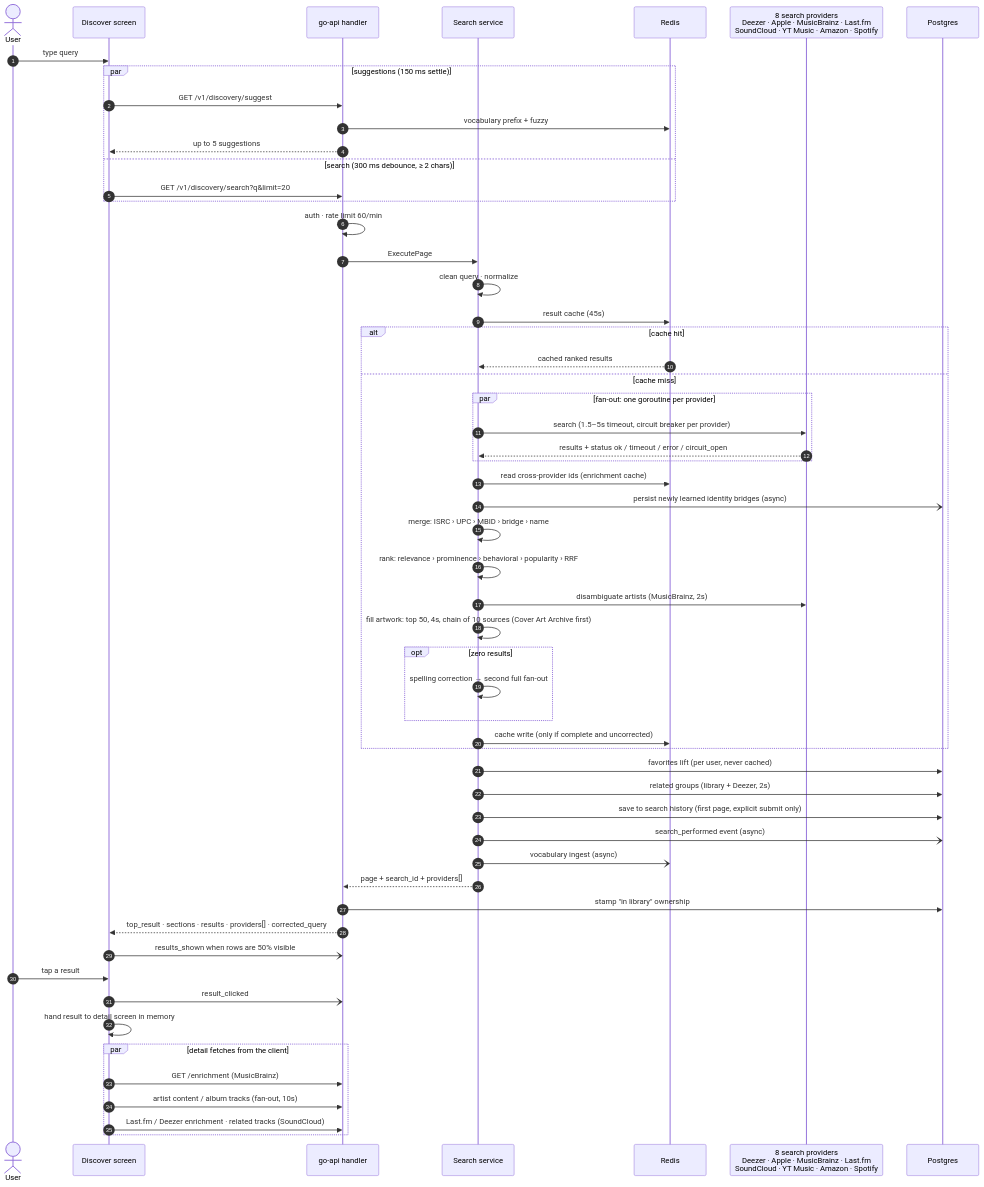
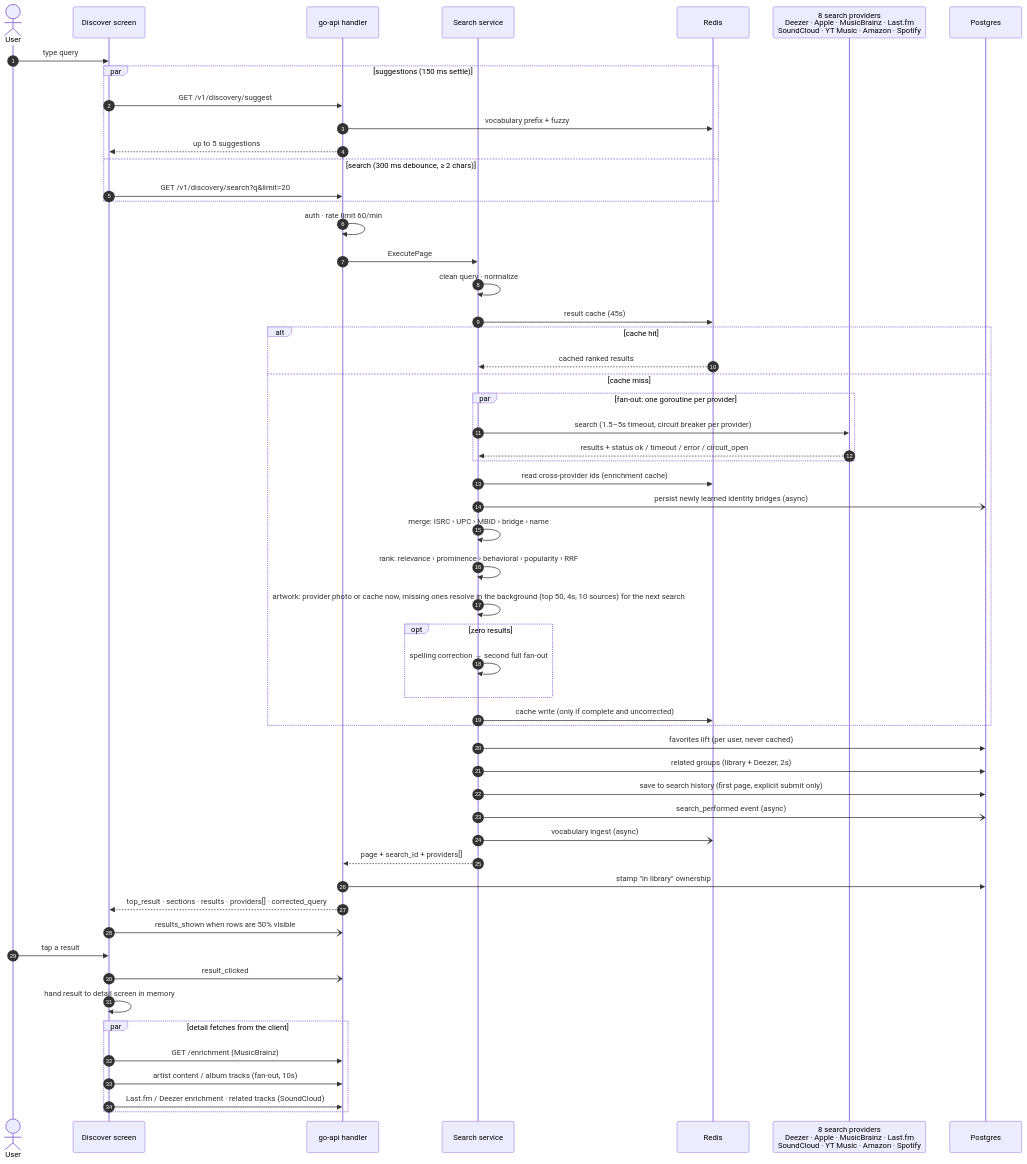
Before and after one commit to aleburrascano/altune: the diagram in docs/diagrams/discovery.md, drawn with Mermaid. The commit also changed 34 other files, not shown here.

Commit message:
feat(discovery): search answers fast from five photo providers (#1984)

````diff
--- a/docs/diagrams/discovery.md
+++ b/docs/diagrams/discovery.md
@@ -7,60 +7,59 @@
 ```mermaid
 sequenceDiagram
     autonumber
     actor U as User
     participant App as Discover screen
     participant H as go-api handler
     participant S as Search service
     participant R as Redis
     participant P as 8 search providers<br/>Deezer · Apple · MusicBrainz · Last.fm<br/>SoundCloud · YT Music · Amazon · Spotify
     participant DB as Postgres
 
     U->>App: type query
     par suggestions (150 ms settle)
         App->>H: GET /v1/discovery/suggest
         H->>R: vocabulary prefix + fuzzy
         H-->>App: up to 5 suggestions
     and search (300 ms debounce, ≥ 2 chars)
         App->>H: GET /v1/discovery/search?q&limit=20
     end
     H->>H: auth · rate limit 60/min
     H->>S: ExecutePage
     S->>S: clean query · normalize
     S->>R: result cache (45s)
     alt cache hit
         R-->>S: cached ranked results
     else cache miss
         par fan-out: one goroutine per provider
             S->>P: search (1.5–5s timeout, circuit breaker per provider)
             P-->>S: results + status ok / timeout / error / circuit_open
         end
         S->>R: read cross-provider ids (enrichment cache)
         S-)DB: persist newly learned identity bridges (async)
         S->>S: merge: ISRC › UPC › MBID › bridge › name
         S->>S: rank: relevance › prominence › behavioral › popularity › RRF
-        S->>P: disambiguate artists (MusicBrainz, 2s)
-        S->>S: fill artwork: top 50, 4s, chain of 10 sources (Cover Art Archive first)
+        S->>S: artwork: provider photo or cache now, missing ones resolve in the background (top 50, 4s, 10 sources) for the next search
         opt zero results
             S->>S: spelling correction → second full fan-out
         end
         S->>R: cache write (only if complete and uncorrected)
     end
     S->>DB: favorites lift (per user, never cached)
     S->>DB: related groups (library + Deezer, 2s)
     S->>DB: save to search history (first page, explicit submit only)
     S-)DB: search_performed event (async)
     S-)R: vocabulary ingest (async)
     S-->>H: page + search_id + providers[]
     H->>DB: stamp "in library" ownership
     H-->>App: top_result · sections · results · providers[] · corrected_query
     App-)H: results_shown when rows are 50% visible
 
     U->>App: tap a result
     App-)H: result_clicked
     App->>App: hand result to detail screen in memory
     par detail fetches from the client
         App->>H: GET /enrichment (MusicBrainz)
         App->>H: artist content / album tracks (fan-out, 10s)
         App->>H: Last.fm / Deezer enrichment · related tracks (SoundCloud)
     end
 ```
````
